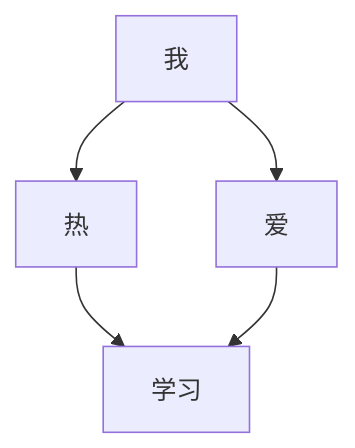
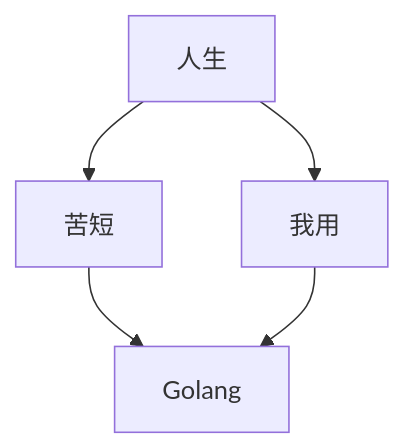
One commit to jicki/jicki.github.io changed the diagram in _posts/9999-09-09-Golang-Study-Notes.md. Above: the diagram before and after it, drawn with Mermaid. The commit also changed other lines of this file, not shown here.

```diff
--- a/_posts/9999-09-09-Golang-Study-Notes.md
+++ b/_posts/9999-09-09-Golang-Study-Notes.md
@@ -14,7 +13,7 @@
 {% mermaid %}
 graph TD;
-    A[我]-->B[热];
-    A-->C[爱];
-    B-->D[学习];
+    A[人生]-->B[苦短];
+    A-->C[我用];
+    B-->D[Golang];
     C-->D;
 {% endmermaid %}
```
